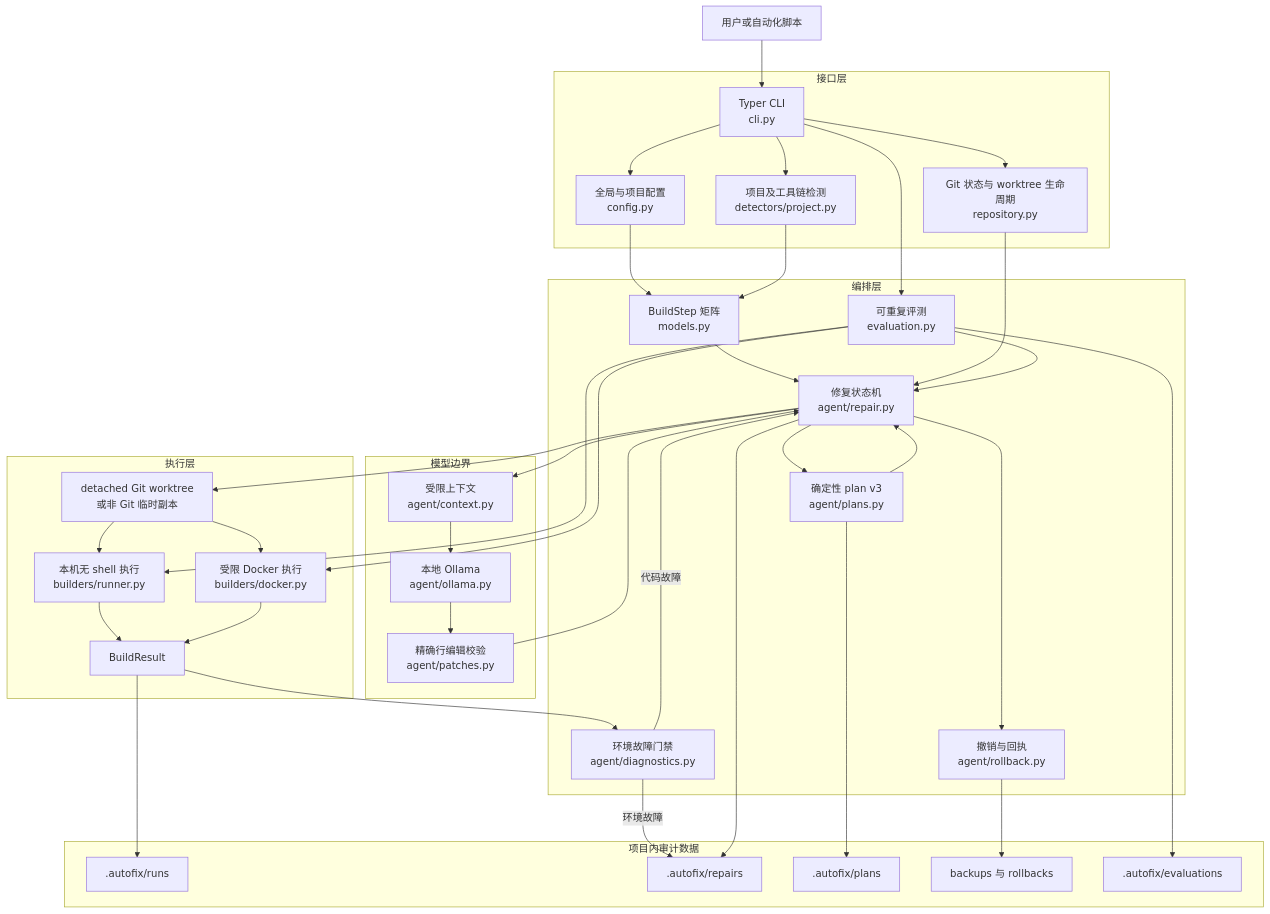
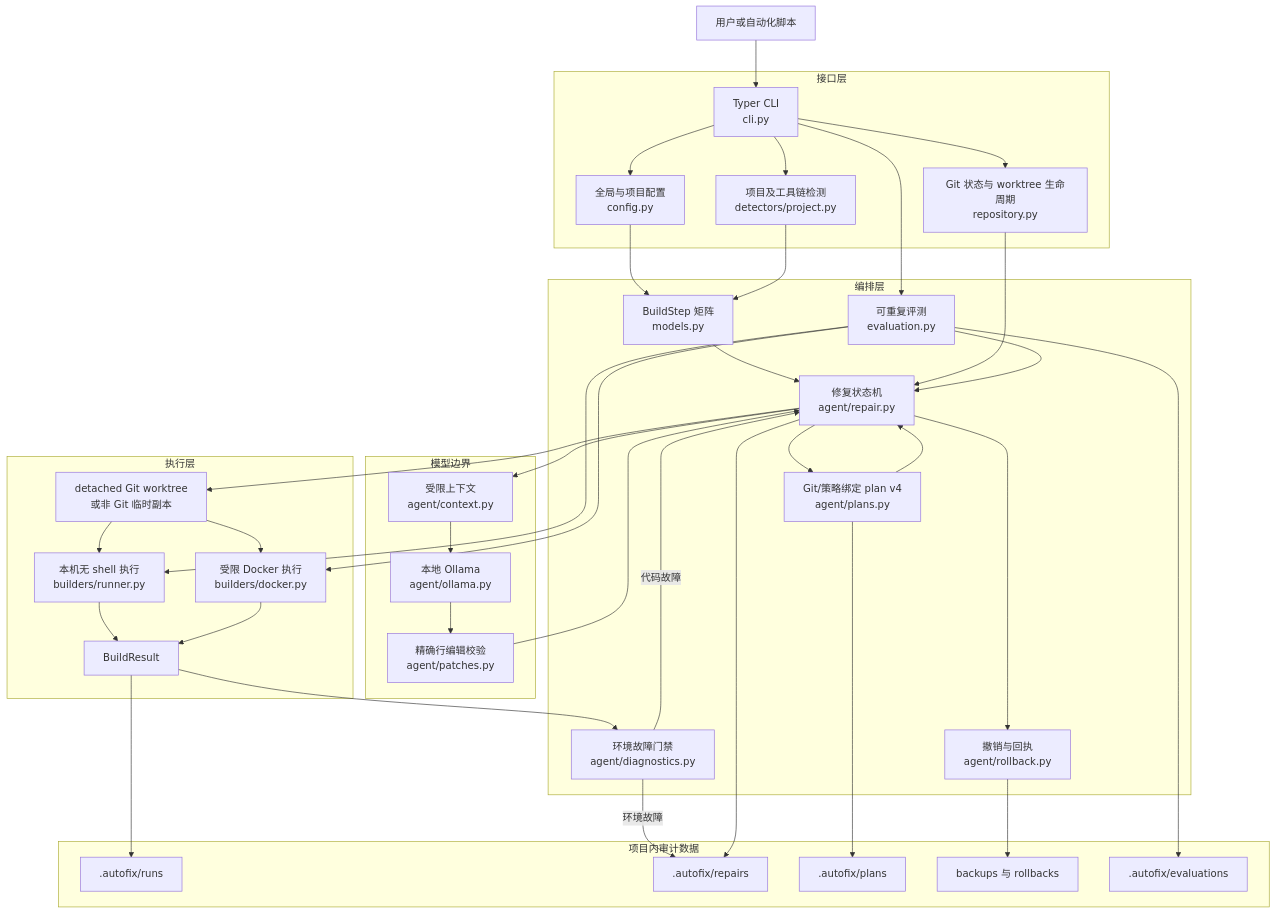
One commit to zhanghl-learner/docker-ollama-autofix changed the first of 7 diagrams in docs/ARCHITECTURE_ZH.md. Above: the diagram before and after it, drawn with Mermaid. The commit also changed other lines of this file and 14 other files, not shown here.

Commit message:
Bind repair plans to Git provenance and final diff

````diff
--- a/docs/ARCHITECTURE_ZH.md
+++ b/docs/ARCHITECTURE_ZH.md
@@ -29,74 +29,74 @@
 ```mermaid
 flowchart TB
     USER[用户或自动化脚本]
 
     subgraph Interface[接口层]
         CLI[Typer CLI<br/>cli.py]
         CONFIG[全局与项目配置<br/>config.py]
         DETECT[项目及工具链检测<br/>detectors/project.py]
         GIT[Git 状态与 worktree 生命周期<br/>repository.py]
     end
 
     subgraph Orchestration[编排层]
         STEPS[BuildStep 矩阵<br/>models.py]
         REPAIR[修复状态机<br/>agent/repair.py]
         DIAG[环境故障门禁<br/>agent/diagnostics.py]
-        PLAN[确定性 plan v3<br/>agent/plans.py]
+        PLAN[Git/策略绑定 plan v4<br/>agent/plans.py]
         ROLLBACK[撤销与回执<br/>agent/rollback.py]
         EVALUATION[可重复评测<br/>evaluation.py]
     end
 
     subgraph Intelligence[模型边界]
         CONTEXT[受限上下文<br/>agent/context.py]
         OLLAMA[本地 Ollama<br/>agent/ollama.py]
         PATCH[精确行编辑校验<br/>agent/patches.py]
     end
 
     subgraph Execution[执行层]
         WORKTREE[detached Git worktree<br/>或非 Git 临时副本]
         LOCAL[本机无 shell 执行<br/>builders/runner.py]
         DOCKER[受限 Docker 执行<br/>builders/docker.py]
         RESULT[BuildResult]
     end
 
     subgraph Artifacts[项目内审计数据]
         RUNS[.autofix/runs]
         REPAIRS[.autofix/repairs]
         PLANS[.autofix/plans]
         BACKUPS[backups 与 rollbacks]
         EVALUATIONS[.autofix/evaluations]
     end
 
     USER --> CLI
     CLI --> CONFIG
     CLI --> DETECT
     CLI --> GIT
     CONFIG --> STEPS
     DETECT --> STEPS
     STEPS --> REPAIR
     GIT --> REPAIR
     REPAIR --> WORKTREE
     WORKTREE --> LOCAL
     WORKTREE --> DOCKER
     REPAIR --> CONTEXT
     CONTEXT --> OLLAMA
     OLLAMA --> PATCH
     PATCH --> REPAIR
     LOCAL --> RESULT
     DOCKER --> RESULT
     RESULT --> DIAG
     DIAG -->|代码故障| REPAIR
     DIAG -->|环境故障| REPAIRS
     RESULT --> RUNS
     REPAIR --> REPAIRS
     REPAIR --> PLAN
     PLAN --> PLANS
     PLAN --> REPAIR
     REPAIR --> ROLLBACK
     ROLLBACK --> BACKUPS
     CLI --> EVALUATION
     EVALUATION --> LOCAL
     EVALUATION --> DOCKER
     EVALUATION --> REPAIR
     EVALUATION --> EVALUATIONS
 ```
````
